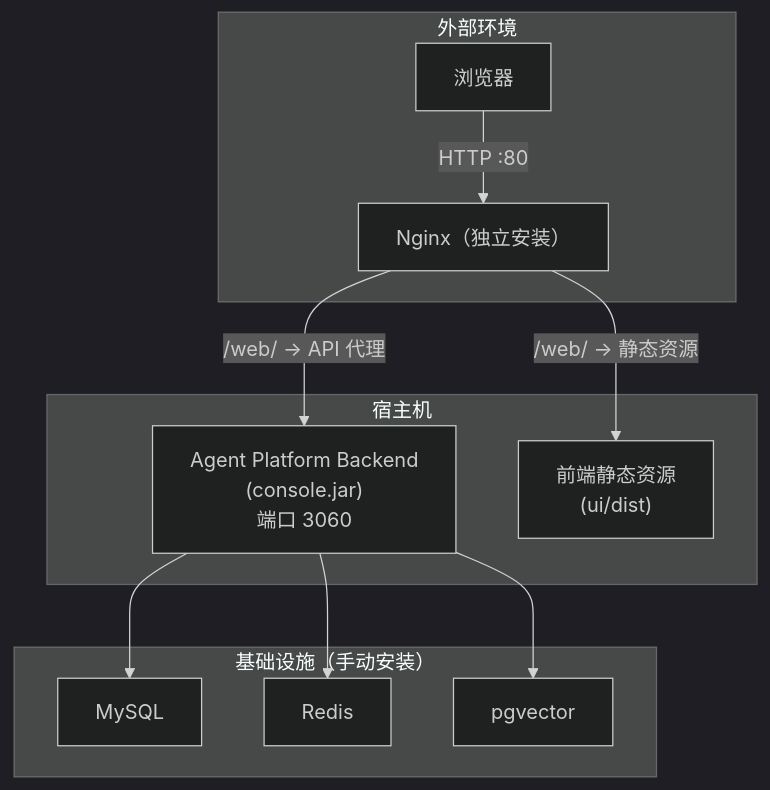
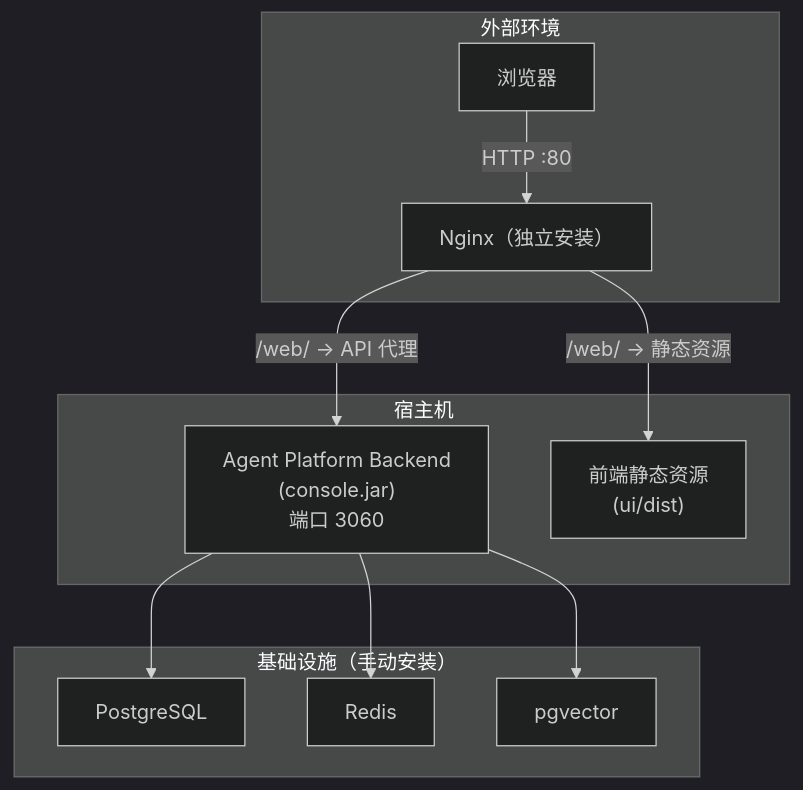
One commit to frankrich92/agent-platform changed the first of 5 diagrams in source/agent-platform-ui/src/doc/content/build-doc/index.md. Above: the diagram before and after it, drawn with Mermaid (dark theme). The commit also changed other lines of this file and 22 other files, not shown here.

Commit message:
refactor: switch persistence to PostgreSQL

````diff
--- a/source/agent-platform-ui/src/doc/content/build-doc/index.md
+++ b/source/agent-platform-ui/src/doc/content/build-doc/index.md
@@ -147,25 +148,25 @@
 ```mermaid
 graph TD
     subgraph External["外部环境"]
         Browser["浏览器"]
         Nginx["Nginx（独立安装）"]
     end
 
     subgraph Host["宿主机"]
         Backend["Agent Platform Backend\n(console.jar)\n端口 3060"]
         Frontend["前端静态资源\n(ui/dist)"]
     end
 
     subgraph Infrastructure["基础设施（手动安装）"]
-        MySQL["MySQL"]
+        PostgreSQL["PostgreSQL"]
         Redis["Redis"]
         Pgvector["pgvector"]
     end
 
     Browser -->|"HTTP :80"| Nginx
     Nginx -->|"/web/ → 静态资源"| Frontend
     Nginx -->|"/web/ → API 代理"| Backend
-    Backend --> MySQL
+    Backend --> PostgreSQL
     Backend --> Redis
     Backend --> Pgvector
 ```
````
